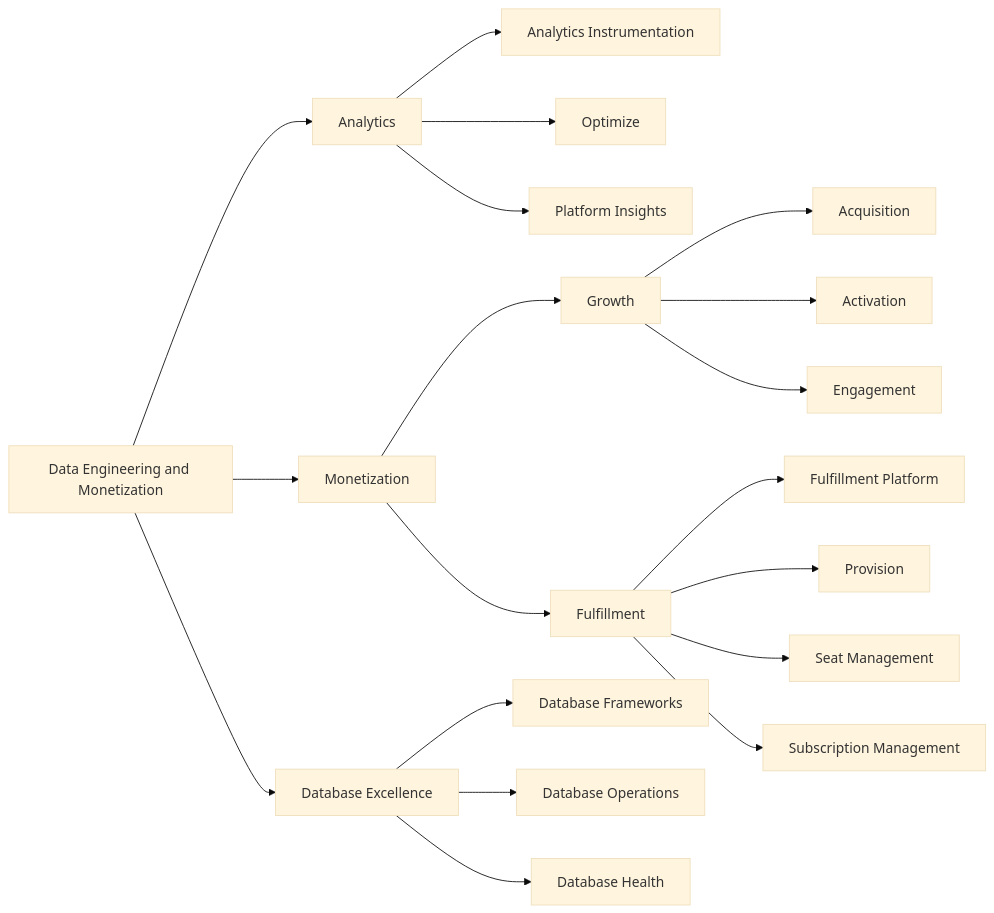
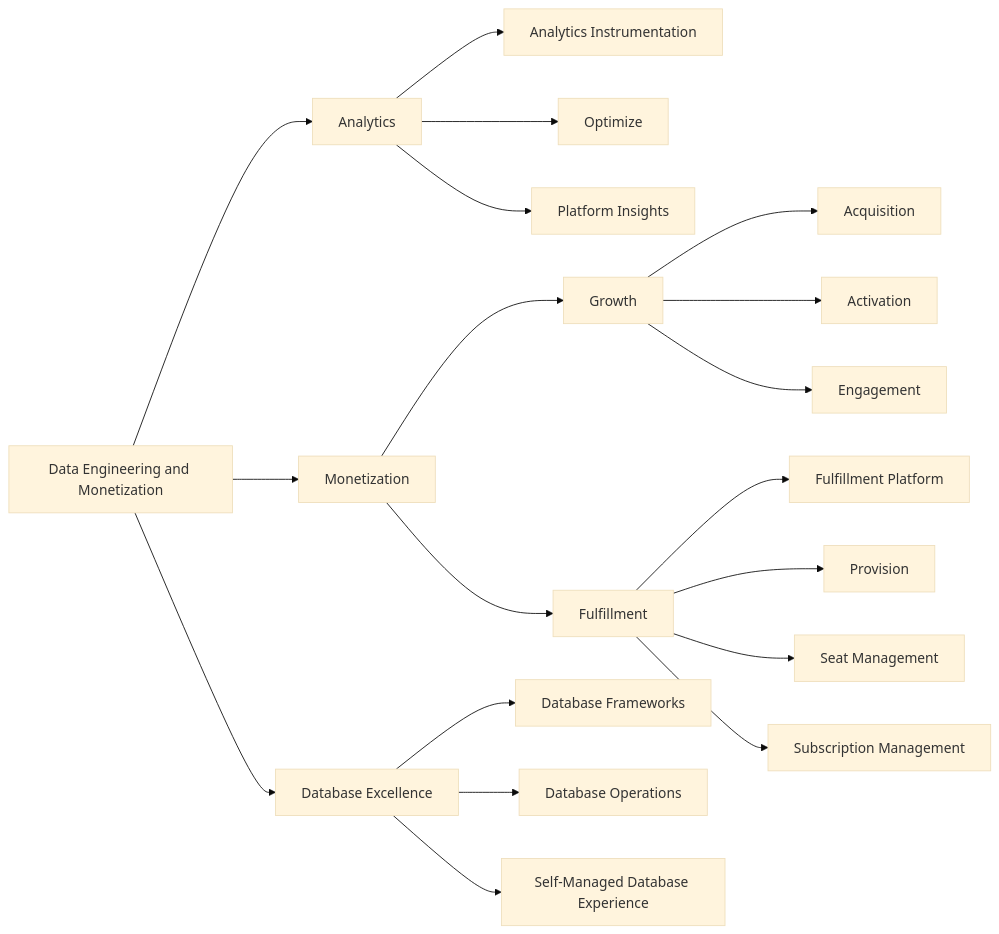
The diagram in content/handbook/engineering/data-engineering/_index.md (kyama0/gitlab-handbook-ja), drawn with Mermaid (base theme) before and after one commit. The commit also changed other lines of this file and 33 other files, not shown here.

````diff
--- a/content/handbook/engineering/data-engineering/_index.md
+++ b/content/handbook/engineering/data-engineering/_index.md
@@ -22,45 +22,46 @@
 ```mermaid
 flowchart LR
     DEAM[Data Engineering and Monetization]
     click DEAM "/handbook/engineering/data-engineering/"
 
     DEAM --> AN[Analytics]
     click AN "/handbook/engineering/data-engineering/analytics"
     DEAM --> MON[Monetization]
     DEAM --> DE[Database Excellence]
     click DE "/handbook/engineering/data-engineering/database-excellence/"
 
     AN --> AI[Analytics Instrumentation]
     click AI "/handbook/engineering/data-engineering/analytics/analytics-instrumentation"
     AN --> Optimize
     click Optimize "/handbook/engineering/data-engineering/analytics/optimize"
     AN --> PI[Platform Insights]
     click PI "/handbook/engineering/data-engineering/analytics/platform-insights"
 
     MON --> Growth
     click Growth "/handbook/engineering/development/growth"
     MON --> Fulfillment
     click Fulfillment "/handbook/engineering/development/fulfillment"
 
     Fulfillment --> FP[Fulfillment Platform]
     click FP "/handbook/engineering/development/fulfillment/fulfillment-platform"
     Fulfillment --> Provision
     click Provision "/handbook/engineering/development/fulfillment/provision"
     Fulfillment --> SEATM[Seat Management]
     click SEATM "/handbook/engineering/development/fulfillment/seat-management"
     Fulfillment --> SUBM[Subscription Management]
     click SUBM "/handbook/engineering/development/fulfillment/subscription-management"
 
     Growth --> Acquisition
     click Acquisition "/handbook/engineering/development/growth"
     Growth --> Activation
     click Activation "/handbook/engineering/development/growth"
     Growth --> Engagement
     click Engagement "/handbook/engineering/development/growth"
 
     DE --> DBF[Database Frameworks]
     click DBF "/handbook/engineering/data-engineering/database-excellence/database-frameworks"
     DE --> DBO[Database Operations]
     click DBO "/handbook/engineering/data-engineering/database-excellence/database-operations"
-    DE --> DBH[Database Health]
+    DE --> SMDX[Self-Managed Database Experience]
+    click SMDX "/handbook/engineering/data-engineering/database-excellence/self-managed-database-experience"
 ```
````
